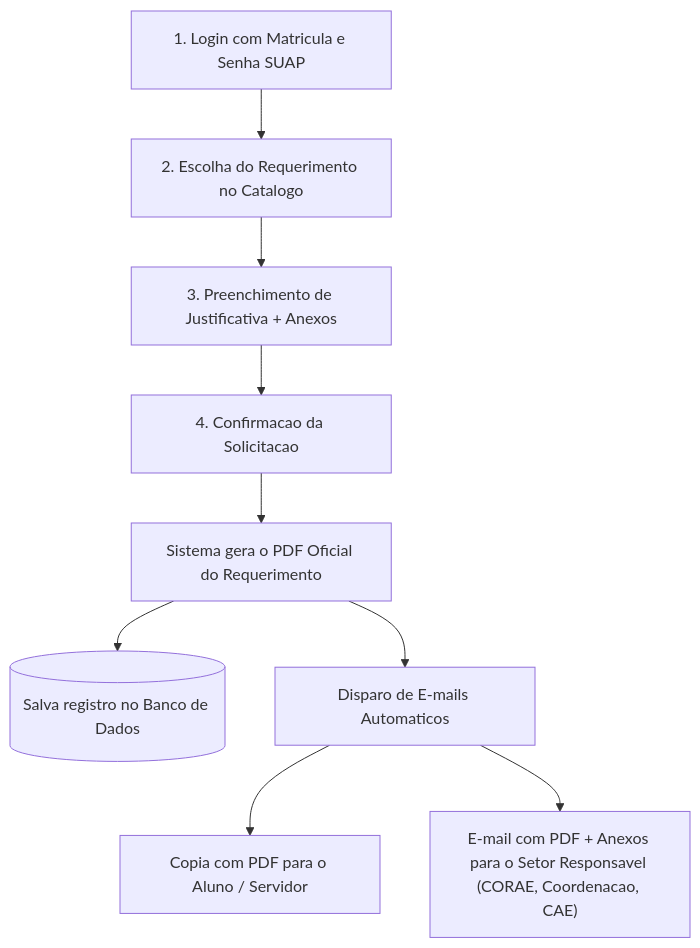
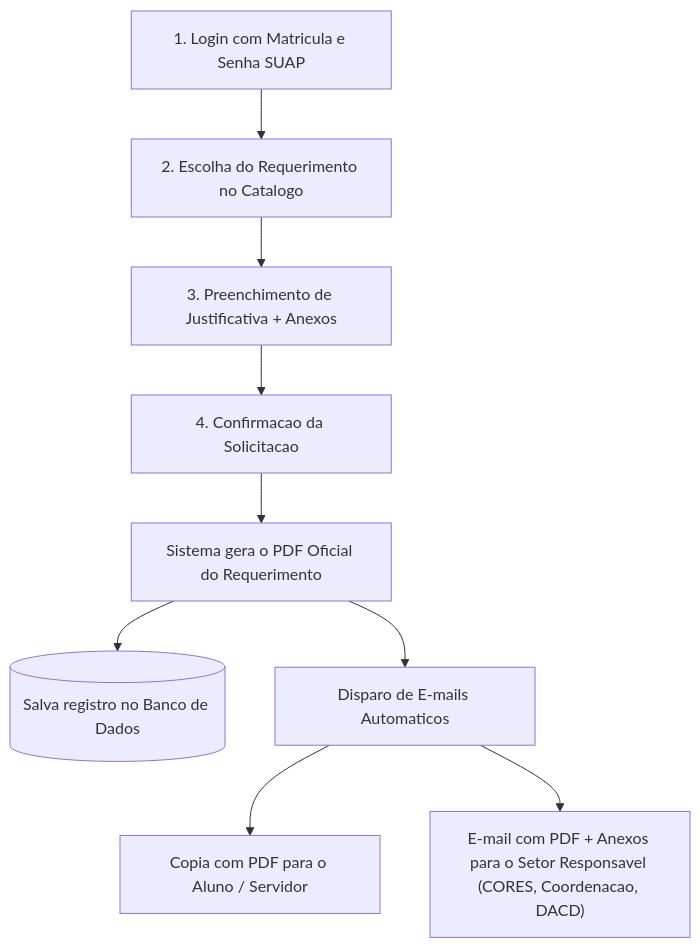
Before and after one commit to ualcz/SDP: the diagram in README.md, drawn with Mermaid. The commit also changed 1 other file, not shown here.

Commit message:
feat: aprimorar a lógica de extração de códigos de turma no scraper, considerando estados de matrícula

````diff
--- a/README.md
+++ b/README.md
@@ -49,11 +49,11 @@
 ```mermaid
 flowchart TD
     A["1. Login com Matricula e Senha SUAP"] --> B["2. Escolha do Requerimento no Catalogo"]
     B --> C["3. Preenchimento de Justificativa + Anexos"]
     C --> D["4. Confirmacao da Solicitacao"]
     D --> E["Sistema gera o PDF Oficial do Requerimento"]
     E --> F[("Salva registro no Banco de Dados")]
     E --> G["Disparo de E-mails Automaticos"]
     G --> H["Copia com PDF para o Aluno / Servidor"]
-    G --> I["E-mail com PDF + Anexos para o Setor Responsavel (CORAE, Coordenacao, CAE)"]
+    G --> I["E-mail com PDF + Anexos para o Setor Responsavel (CORES, Coordenacao, DACD)"]
 ```
````
